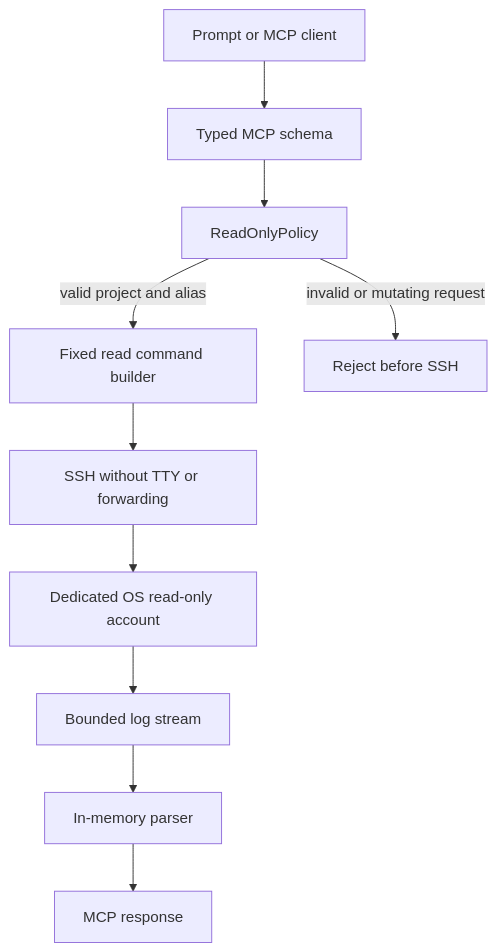
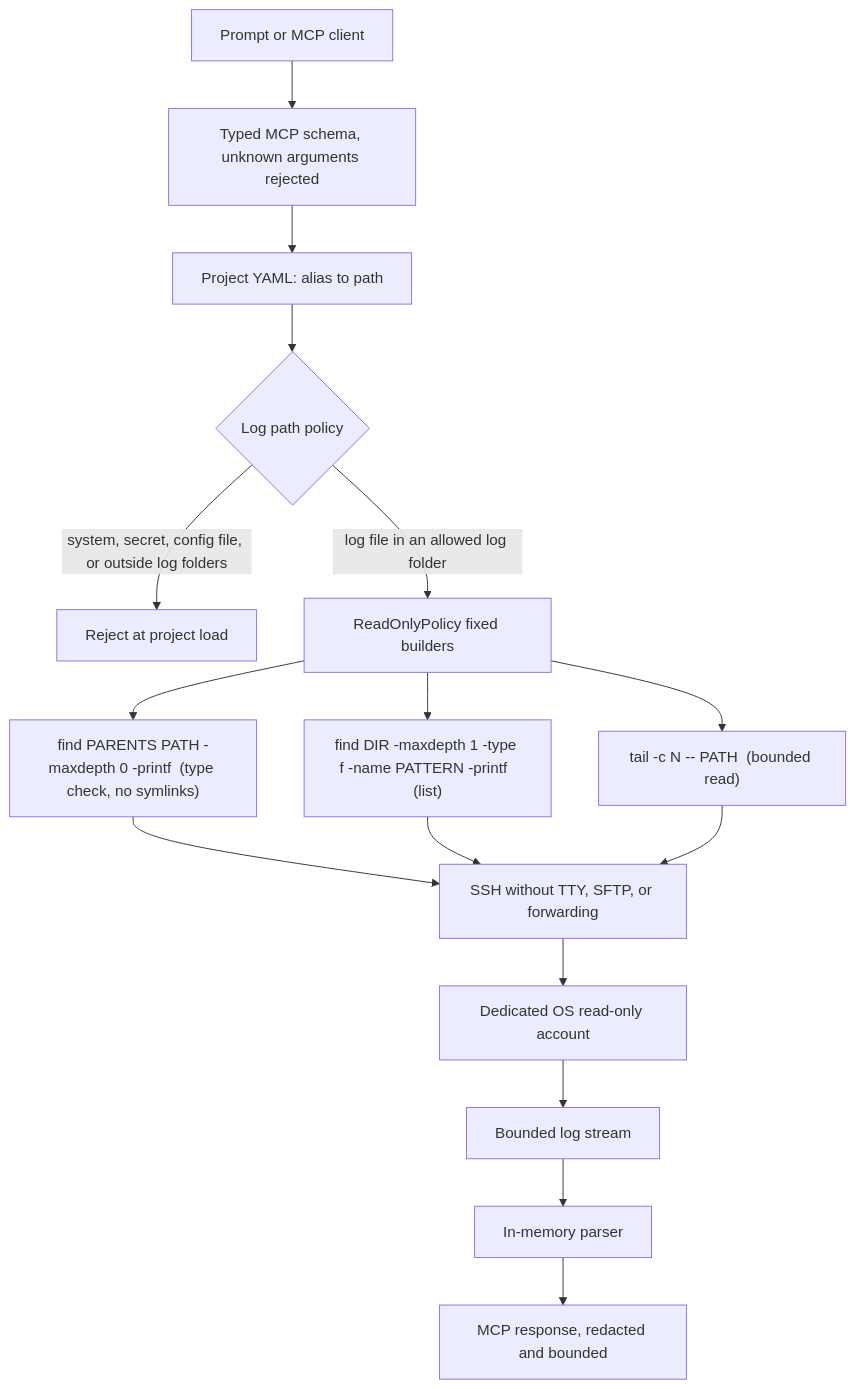
Before and after one commit to beljic/ecomops: the second of 6 diagrams in docs/ARCHITECTURE.md, drawn with Mermaid. The commit also changed other lines of this file and 42 other files, not shown here.

Commit message:
Add read-only log inspection and MCP analysis tools

````diff
--- a/docs/ARCHITECTURE.md
+++ b/docs/ARCHITECTURE.md
@@ -28,12 +32,18 @@
 ```mermaid
 flowchart TD
-    U[Prompt or MCP client] --> T[Typed MCP schema]
-    T --> P[ReadOnlyPolicy]
-    P -->|valid project and alias| B[Fixed read command builder]
-    P -->|invalid or mutating request| X[Reject before SSH]
-    B --> H[SSH without TTY or forwarding]
+    U[Prompt or MCP client] --> T[Typed MCP schema, unknown arguments rejected]
+    T --> C[Project YAML: alias to path]
+    C --> LP{Log path policy}
+    LP -->|system, secret, config file, or outside log folders| X[Reject at project load]
+    LP -->|log file in an allowed log folder| B[ReadOnlyPolicy fixed builders]
+    B --> K1["find PARENTS PATH -maxdepth 0 -printf  (type check, no symlinks)"]
+    B --> K2["find DIR -maxdepth 1 -type f -name PATTERN -printf  (list)"]
+    B --> K3["tail -c N -- PATH  (bounded read)"]
+    K1 --> H[SSH without TTY, SFTP, or forwarding]
+    K2 --> H
+    K3 --> H
     H --> Q[Dedicated OS read-only account]
     Q --> F[Bounded log stream]
     F --> R[In-memory parser]
-    R --> Y[MCP response]
+    R --> Y[MCP response, redacted and bounded]
 ```
````
